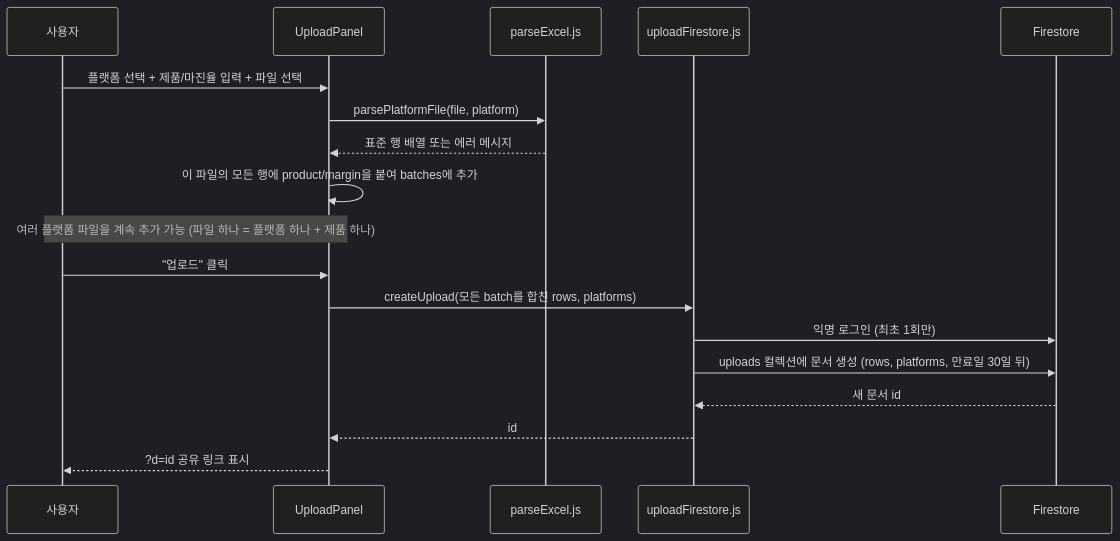
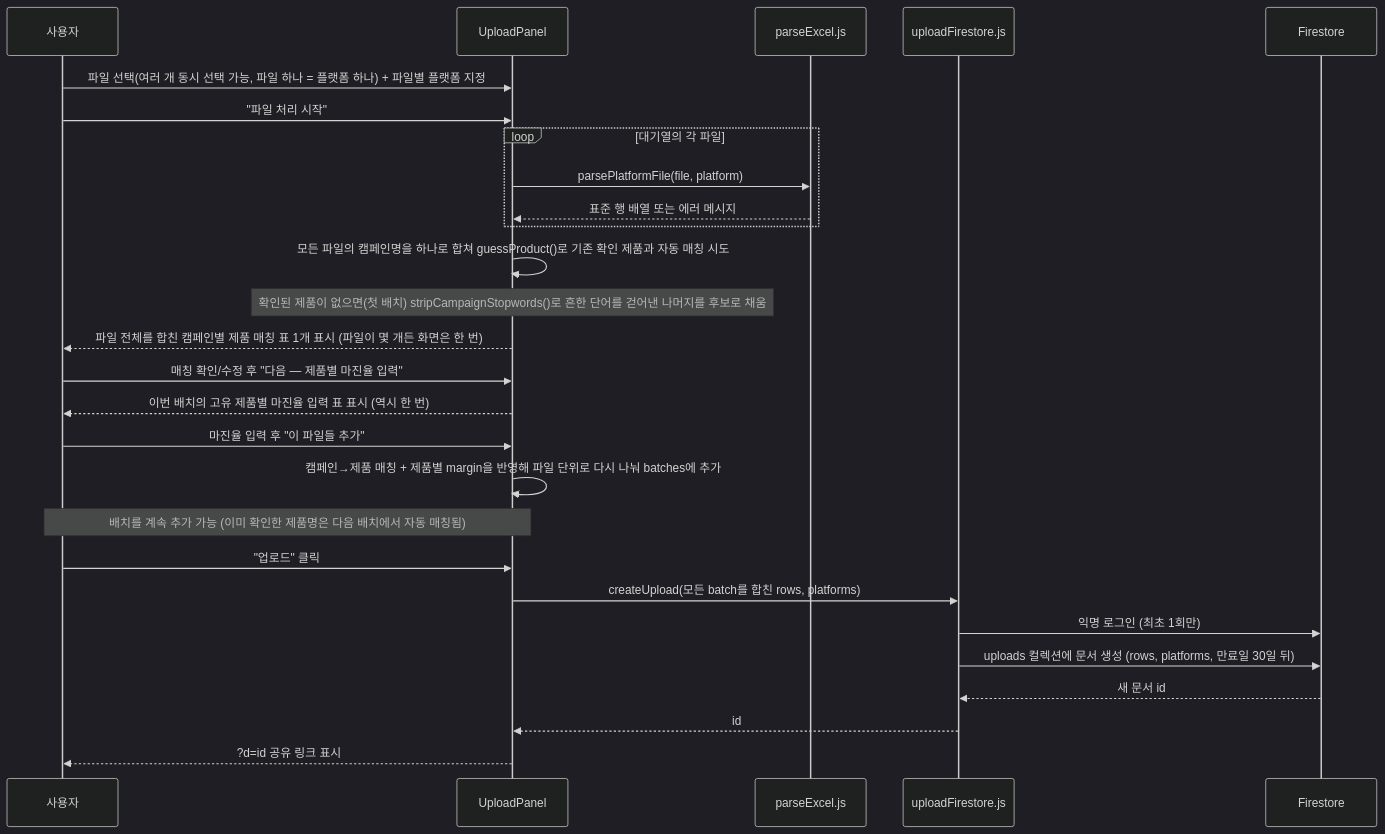
Before and after one commit to hhgkosmo0607-lgtm/lumiere_campaign: the third of 4 diagrams in 사양서.md, drawn with Mermaid (dark theme). The commit also changed other lines of this file and 19 other files, not shown here.

````diff
--- a/사양서.md
+++ b/사양서.md
@@ -143,21 +143,30 @@
 ```mermaid
 sequenceDiagram
     participant U as 사용자
     participant UP as UploadPanel
     participant PE as parseExcel.js
     participant UF as uploadFirestore.js
     participant FS as Firestore
 
-    U->>UP: 플랫폼 선택 + 제품/마진율 입력 + 파일 선택
-    UP->>PE: parsePlatformFile(file, platform)
-    PE-->>UP: 표준 행 배열 또는 에러 메시지
-    UP->>UP: 이 파일의 모든 행에 product/margin을 붙여 batches에 추가
-    Note over U,UP: 여러 플랫폼 파일을 계속 추가 가능 (파일 하나 = 플랫폼 하나 + 제품 하나)
+    U->>UP: 파일 선택(여러 개 동시 선택 가능, 파일 하나 = 플랫폼 하나) + 파일별 플랫폼 지정
+    U->>UP: "파일 처리 시작"
+    loop 대기열의 각 파일
+        UP->>PE: parsePlatformFile(file, platform)
+        PE-->>UP: 표준 행 배열 또는 에러 메시지
+    end
+    UP->>UP: 모든 파일의 캠페인명을 하나로 합쳐 guessProduct()로 기존 확인 제품과 자동 매칭 시도
+    Note over UP: 확인된 제품이 없으면(첫 배치) stripCampaignStopwords()로 흔한 단어를 걷어낸 나머지를 후보로 채움
+    UP-->>U: 파일 전체를 합친 캠페인별 제품 매칭 표 1개 표시 (파일이 몇 개든 화면은 한 번)
+    U->>UP: 매칭 확인/수정 후 "다음 — 제품별 마진율 입력"
+    UP-->>U: 이번 배치의 고유 제품별 마진율 입력 표 표시 (역시 한 번)
+    U->>UP: 마진율 입력 후 "이 파일들 추가"
+    UP->>UP: 캠페인→제품 매칭 + 제품별 margin을 반영해 파일 단위로 다시 나눠 batches에 추가
+    Note over U,UP: 배치를 계속 추가 가능 (이미 확인한 제품명은 다음 배치에서 자동 매칭됨)
     U->>UP: "업로드" 클릭
     UP->>UF: createUpload(모든 batch를 합친 rows, platforms)
     UF->>FS: 익명 로그인 (최초 1회만)
     UF->>FS: uploads 컬렉션에 문서 생성 (rows, platforms, 만료일 30일 뒤)
     FS-->>UF: 새 문서 id
     UF-->>UP: id
     UP-->>U: ?d=id 공유 링크 표시
 ```
````
